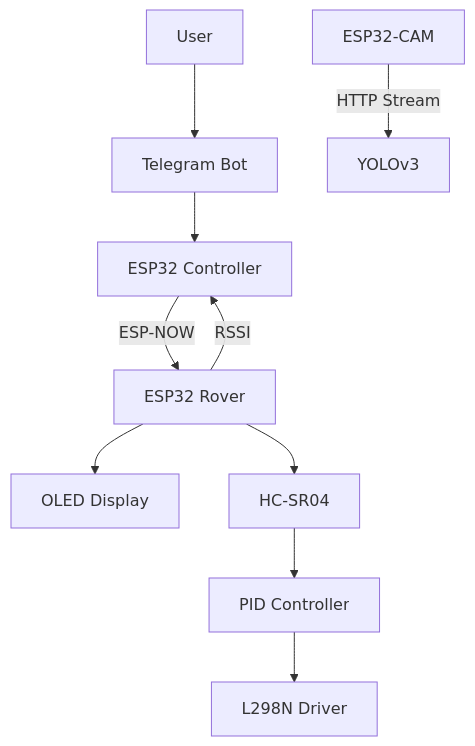
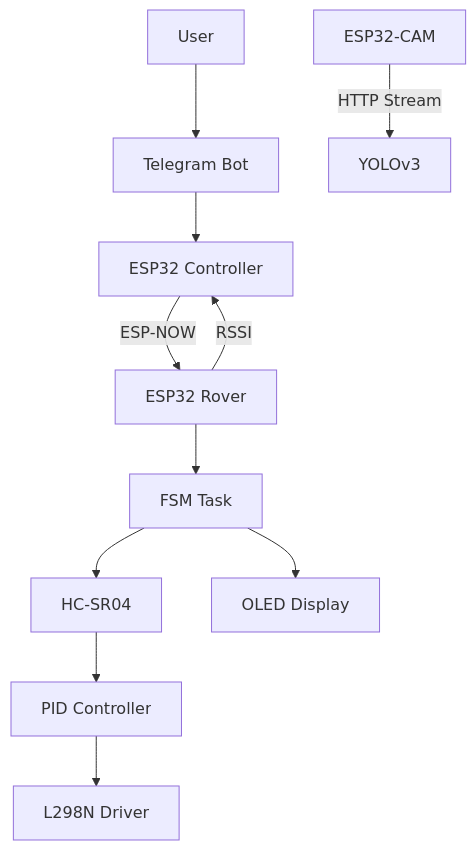
One commit to THEALITZ08/Robot-Delivery-food-esp changed the first of 2 diagrams in README.md. Above: the diagram before and after it, drawn with Mermaid. The commit also changed other lines of this file, not shown here.

````diff
--- a/README.md
+++ b/README.md
@@ -69,41 +69,47 @@
 ```mermaid
+
 graph TD
 
 USER[User]
 
 TG[Telegram Bot]
 
 CTRL[ESP32 Controller]
 
 ROVER[ESP32 Rover]
 
-CAM[ESP32-CAM]
-
-YOLO[YOLOv3]
-
-OLED[OLED Display]
+FSM[FSM Task]
 
 SONAR[HC-SR04]
 
 PID[PID Controller]
 
 MOTOR[L298N Driver]
+
+OLED[OLED Display]
+
+CAM[ESP32-CAM]
+
+YOLO[YOLOv3]
 
 USER --> TG
 
 TG --> CTRL
 
 CTRL -->|ESP-NOW| ROVER
 
 ROVER -->|RSSI| CTRL
 
-ROVER --> SONAR
+ROVER --> FSM
+
+FSM --> SONAR
 
 SONAR --> PID
 
 PID --> MOTOR
 
-ROVER --> OLED
+FSM --> OLED
 
 CAM -->|HTTP Stream| YOLO
+
 ```
````
